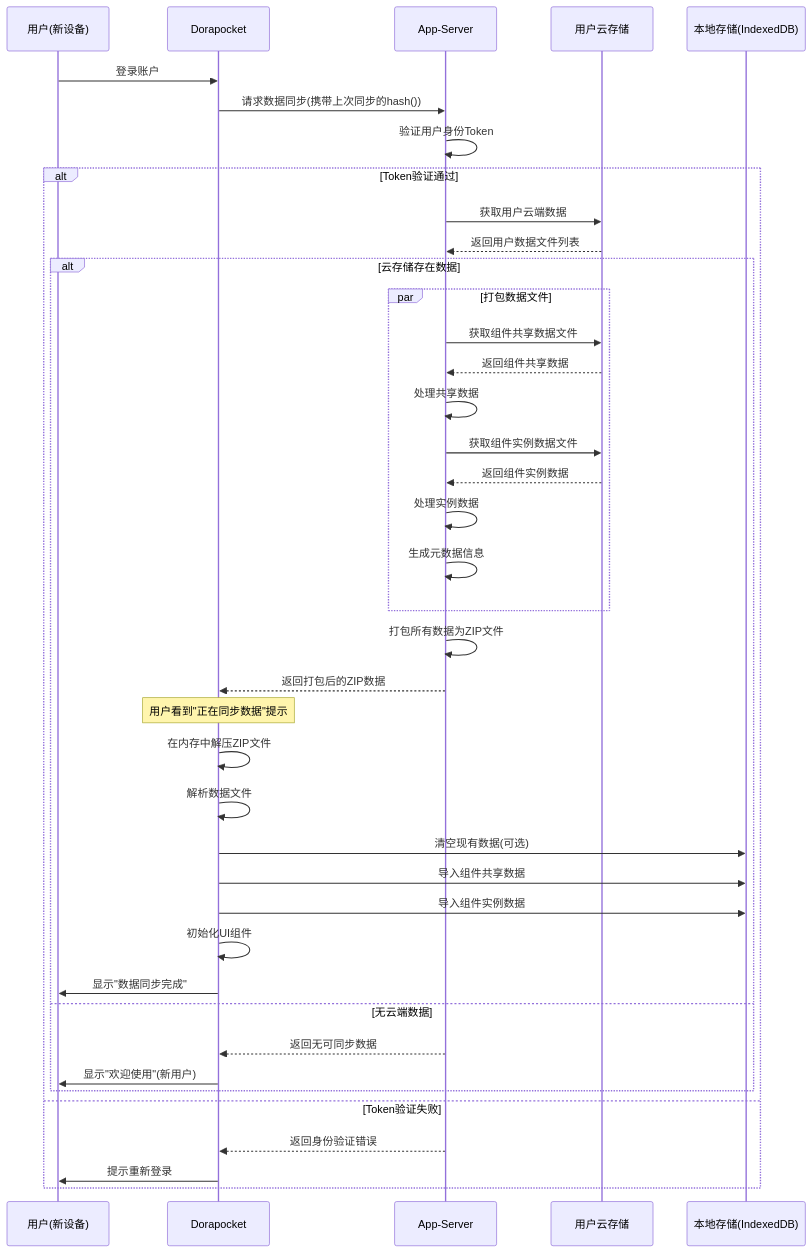
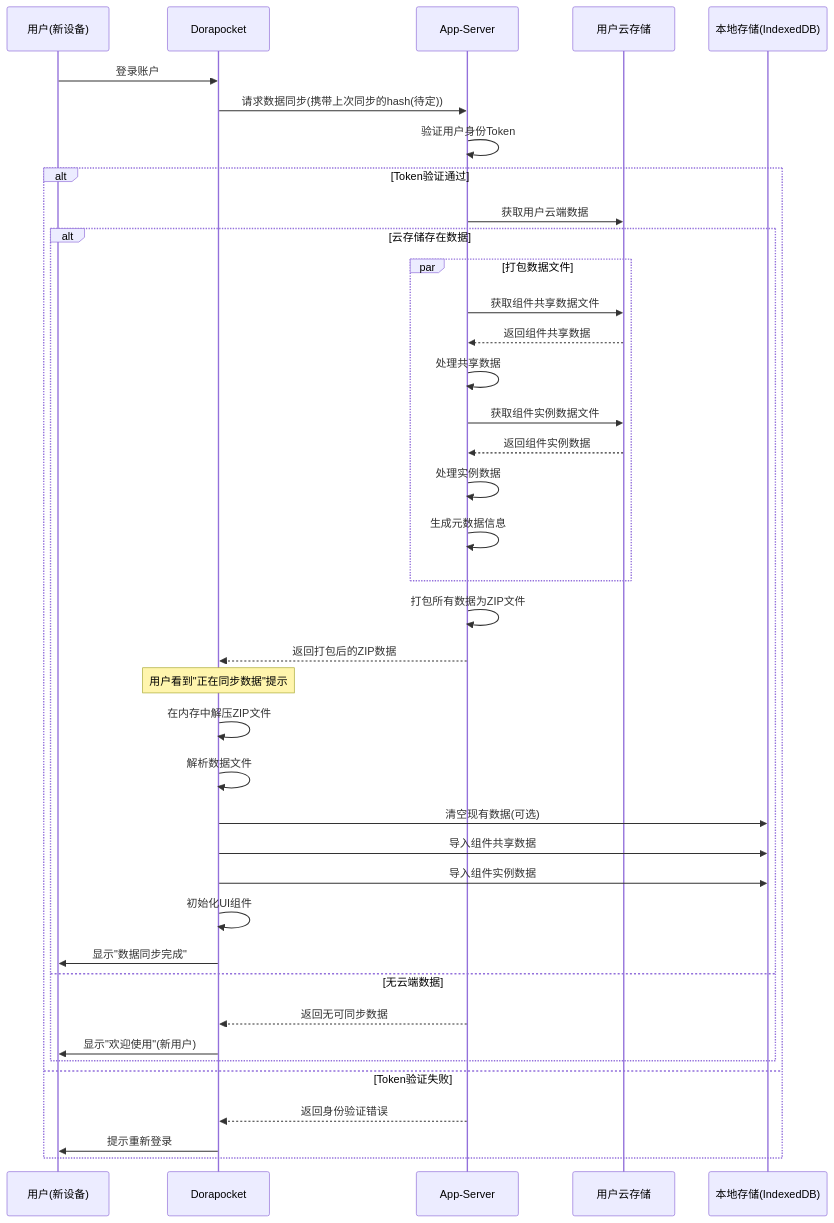
The diagram in all/未命名-38.md (yingjianzh/iodraw-files), drawn with Mermaid before and after one commit.

Commit message:
2025-04-21 13:57:06 update

````diff
--- a/all/未命名-38.md
+++ b/all/未命名-38.md
@@ -1,53 +1,53 @@
 ```mermaid
 sequenceDiagram
     participant User as 用户(新设备)
     participant App as Dorapocket
     participant AppServer as App-Server
     participant UserCloud as 用户云存储
     participant LocalDB as 本地存储(IndexedDB)
     
     User->>App: 登录账户
     
-    App->>AppServer: 请求数据同步(携带上次同步的hash())
+    App->>AppServer: 请求数据同步(携带上次同步的hash(待定))
     AppServer->>AppServer: 验证用户身份Token
     
     alt Token验证通过
         AppServer->>UserCloud: 获取用户云端数据
-        UserCloud-->>AppServer: 返回用户数据文件列表
+        
         
         alt 云存储存在数据
             par 打包数据文件
                 AppServer->>UserCloud: 获取组件共享数据文件
                 UserCloud-->>AppServer: 返回组件共享数据
                 AppServer->>AppServer: 处理共享数据
                 
                 AppServer->>UserCloud: 获取组件实例数据文件
                 UserCloud-->>AppServer: 返回组件实例数据
                 AppServer->>AppServer: 处理实例数据
                 
                 AppServer->>AppServer: 生成元数据信息
             end
             
             AppServer->>AppServer: 打包所有数据为ZIP文件
             AppServer-->>App: 返回打包后的ZIP数据
             
             Note over App: 用户看到"正在同步数据"提示
             
             App->>App: 在内存中解压ZIP文件
             App->>App: 解析数据文件
             
             App->>LocalDB: 清空现有数据(可选)
             App->>LocalDB: 导入组件共享数据
             App->>LocalDB: 导入组件实例数据
             
             App->>App: 初始化UI组件
             App->>User: 显示"数据同步完成"
         else 无云端数据
             AppServer-->>App: 返回无可同步数据
             App->>User: 显示"欢迎使用"(新用户)
         end
     else Token验证失败
         AppServer-->>App: 返回身份验证错误
         App->>User: 提示重新登录
     end
 ```
````
